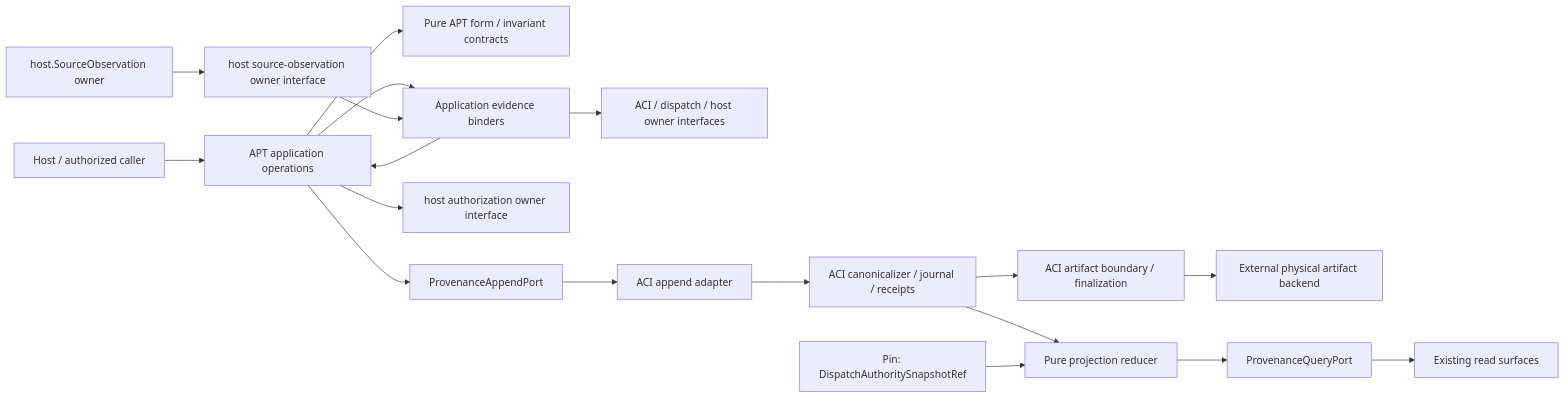
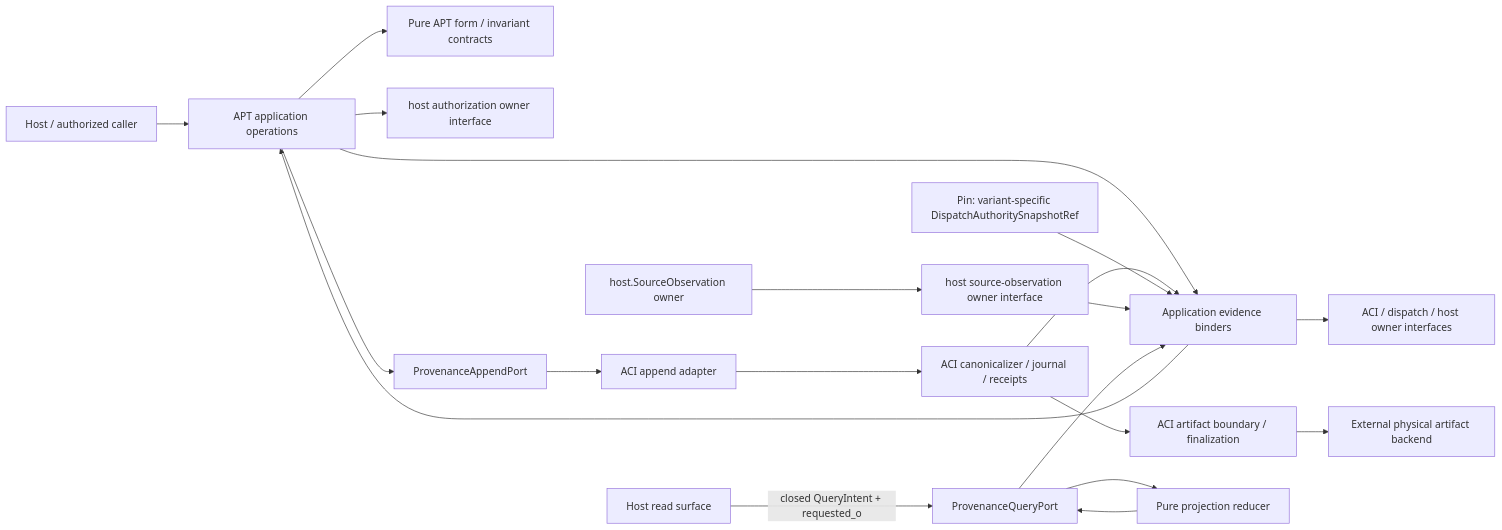
Before and after one commit to VictorBoscaro/cyberalchemy-orchestrator: the first of 2 diagrams in docs/features/agent-provenance-telemetry/specs/architecture.md, drawn with Mermaid. The commit also changed other lines of this file and 57 other files, not shown here.

````diff
--- a/docs/features/agent-provenance-telemetry/specs/architecture.md
+++ b/docs/features/agent-provenance-telemetry/specs/architecture.md
@@ -84,20 +90,22 @@
 ```mermaid
 graph LR
     H[Host / authorized caller] --> APP[APT application operations]
     APP --> D[Pure APT form / invariant contracts]
     APP --> EB[Application evidence binders]
     EB --> OWN[ACI / dispatch / host owner interfaces]
     APP --> HAO[host authorization owner interface]
     APP --> AP[ProvenanceAppendPort]
     AP --> AD[ACI append adapter]
     AD --> ACI[ACI canonicalizer / journal / receipts]
     ACI --> AB[ACI artifact boundary / finalization]
     AB --> PB[External physical artifact backend]
-    ACI --> PR[Pure projection reducer]
-    DS[Pin: DispatchAuthoritySnapshotRef] --> PR
+    ACI --> EB
+    DS[Pin: variant-specific DispatchAuthoritySnapshotRef] --> EB
     SO[host.SourceObservation owner] --> HSO[host source-observation owner interface]
     HSO --> EB
     EB --> APP
-    PR --> QP[ProvenanceQueryPort]
-    QP --> UI[Existing read surfaces]
+    UI[Host read surface] -->|closed QueryIntent + requested_o| QP[ProvenanceQueryPort]
+    QP --> EB
+    QP --> PR[Pure projection reducer]
+    PR --> QP
 ```
````
